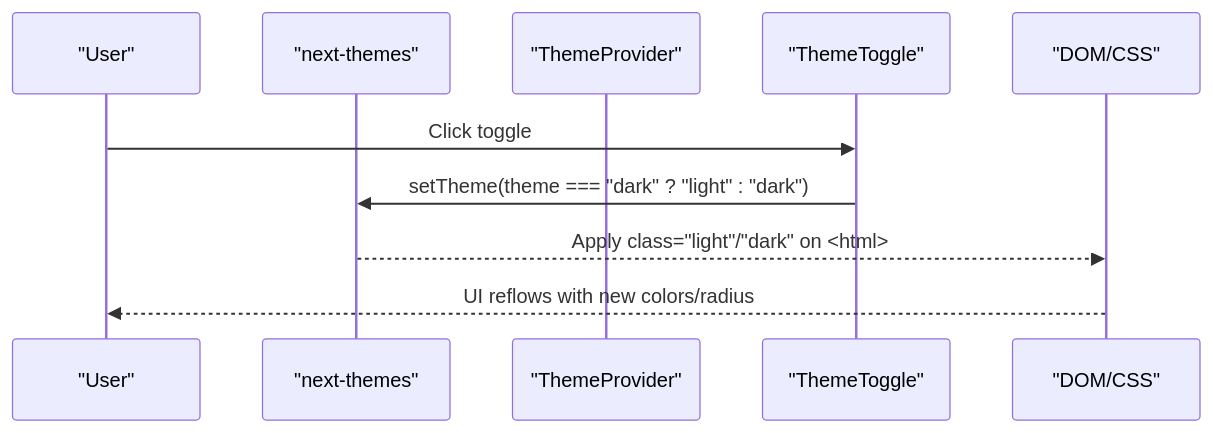
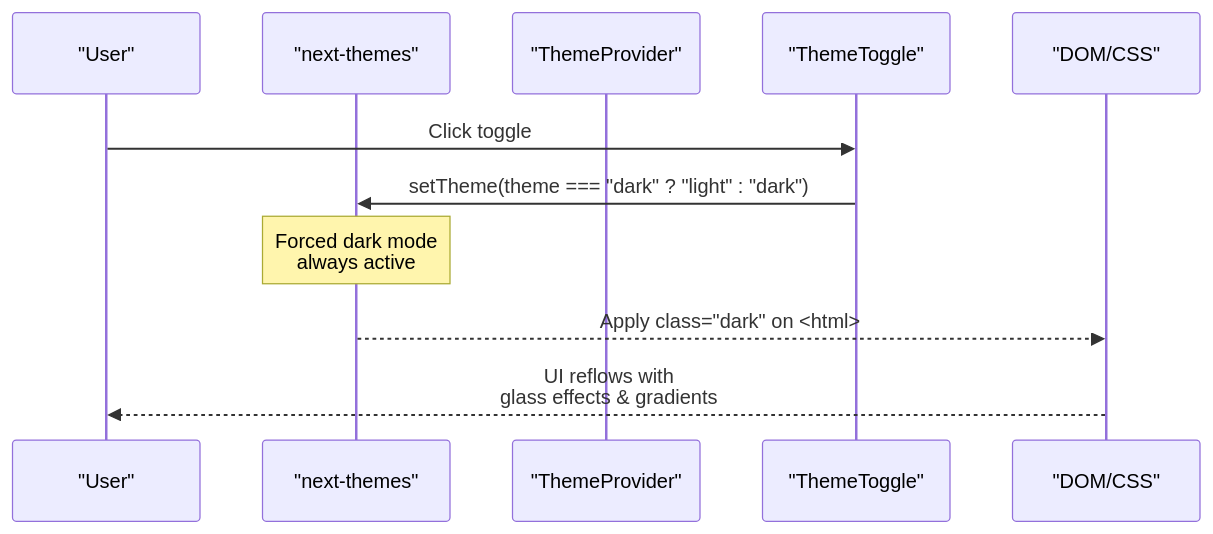
Before and after one commit to alikizang/datafrica: the second of 5 diagrams in .qoder/repowiki/en/content/UI Components/Theme System.md, drawn with Mermaid. The commit also changed other lines of this file and 15 other files, not shown here.

````diff
--- a/.qoder/repowiki/en/content/UI Components/Theme System.md
+++ b/.qoder/repowiki/en/content/UI Components/Theme System.md
@@ -110,12 +126,13 @@
 ```mermaid
 sequenceDiagram
 participant U as "User"
 participant NT as "next-themes"
 participant TP as "ThemeProvider"
 participant TT as "ThemeToggle"
 participant DOM as "DOM/CSS"
 U->>TT : Click toggle
 TT->>NT : setTheme(theme === "dark" ? "light" : "dark")
-NT-->>DOM : Apply class="light"/"dark" on <html>
-DOM-->>U : UI reflows with new colors/radius
+Note over NT : Forced dark mode<br/>always active
+NT-->>DOM : Apply class="dark" on <html>
+DOM-->>U : UI reflows with<br/>glass effects & gradients
 ```
````
